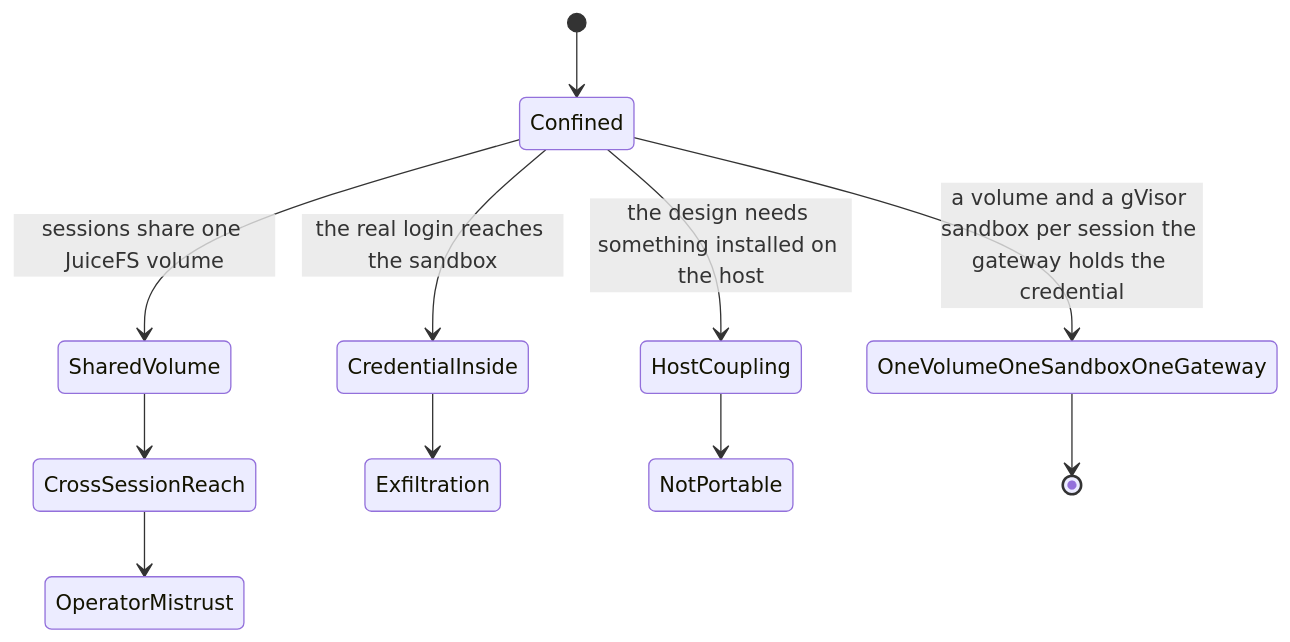
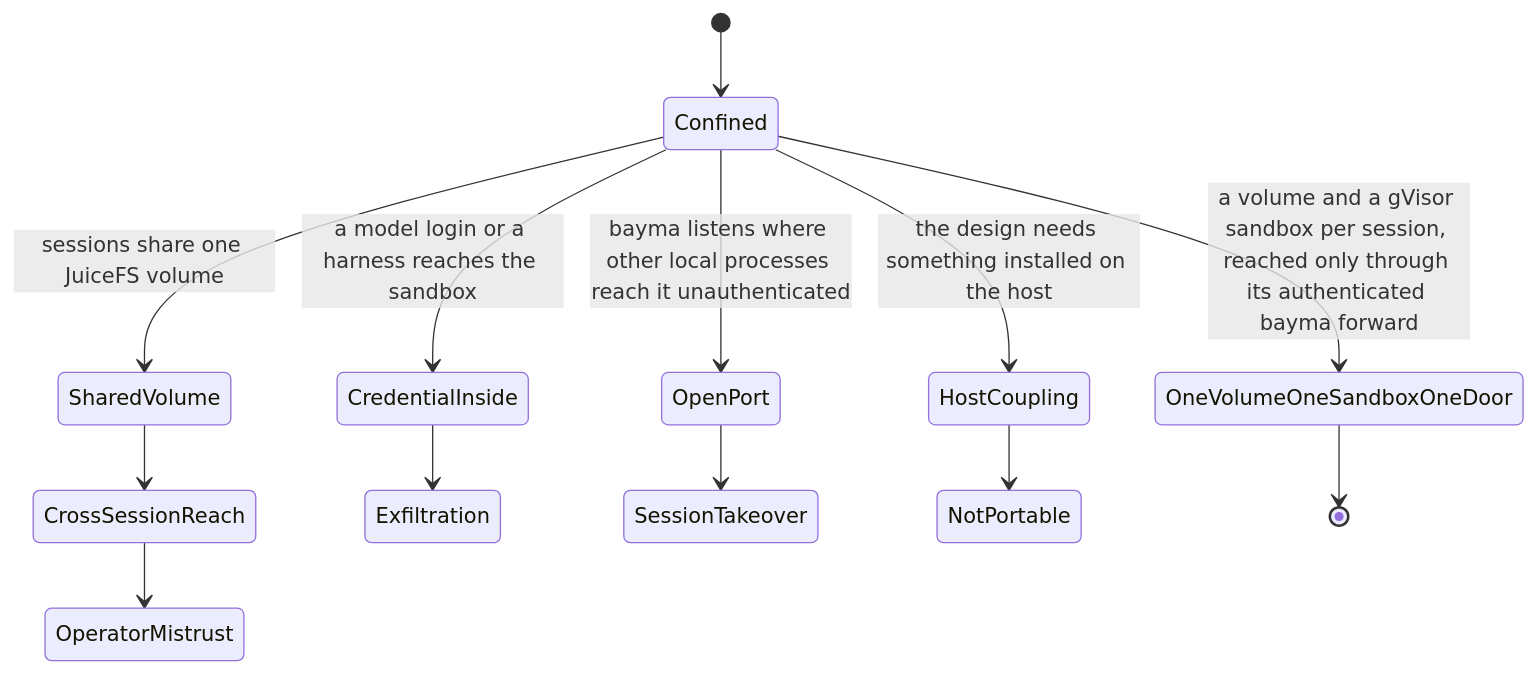
Before and after one commit to eaucoin/alasio: the third of 3 diagrams in src/sandbox/README.md, drawn with Mermaid. The commit also changed other lines of this file and 51 other files, not shown here.

````diff
--- a/src/sandbox/README.md
+++ b/src/sandbox/README.md
@@ -53,13 +53,15 @@
 ```mermaid
 stateDiagram-v2
   [*] --> Confined
   Confined --> SharedVolume: sessions share one JuiceFS volume
   SharedVolume --> CrossSessionReach
   CrossSessionReach --> OperatorMistrust
-  Confined --> CredentialInside: the real login reaches the sandbox
+  Confined --> CredentialInside: a model login or a harness reaches the sandbox
   CredentialInside --> Exfiltration
+  Confined --> OpenPort: bayma listens where other local processes reach it unauthenticated
+  OpenPort --> SessionTakeover
   Confined --> HostCoupling: the design needs something installed on the host
   HostCoupling --> NotPortable
-  Confined --> OneVolumeOneSandboxOneGateway: a volume and a gVisor sandbox per session the gateway holds the credential
-  OneVolumeOneSandboxOneGateway --> [*]
+  Confined --> OneVolumeOneSandboxOneDoor: a volume and a gVisor sandbox per session, reached only through its authenticated bayma forward
+  OneVolumeOneSandboxOneDoor --> [*]
 ```
````
